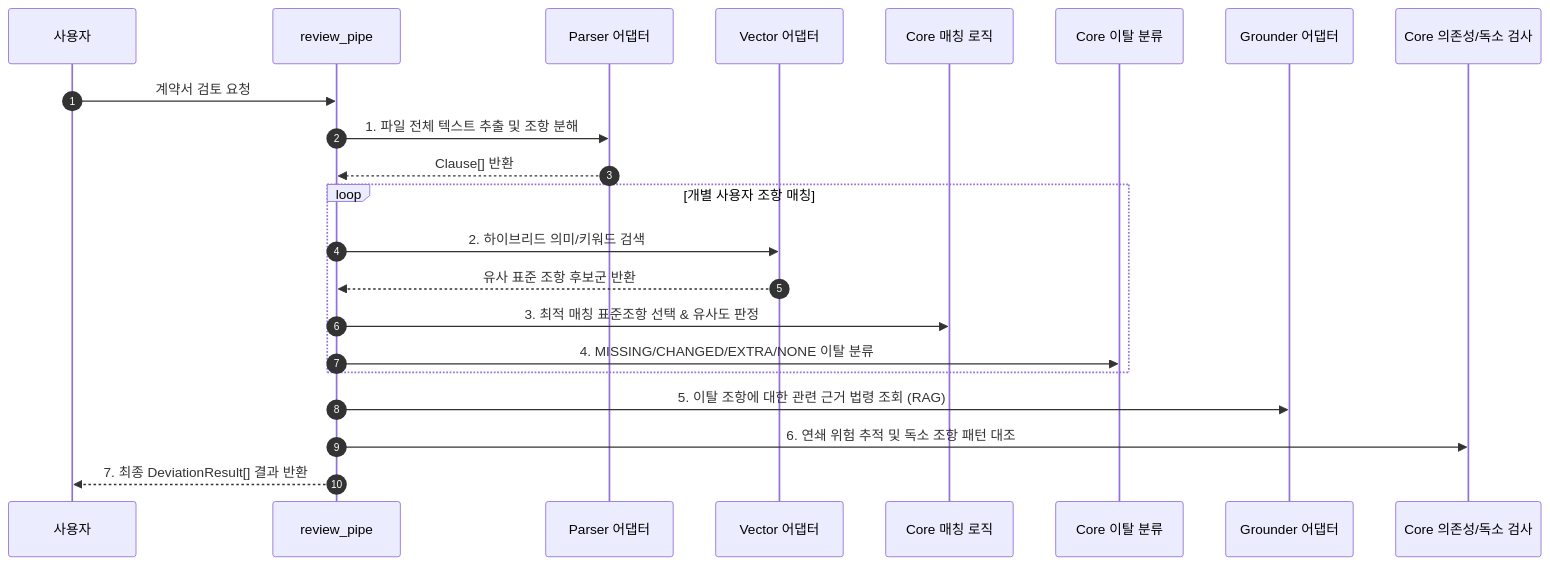
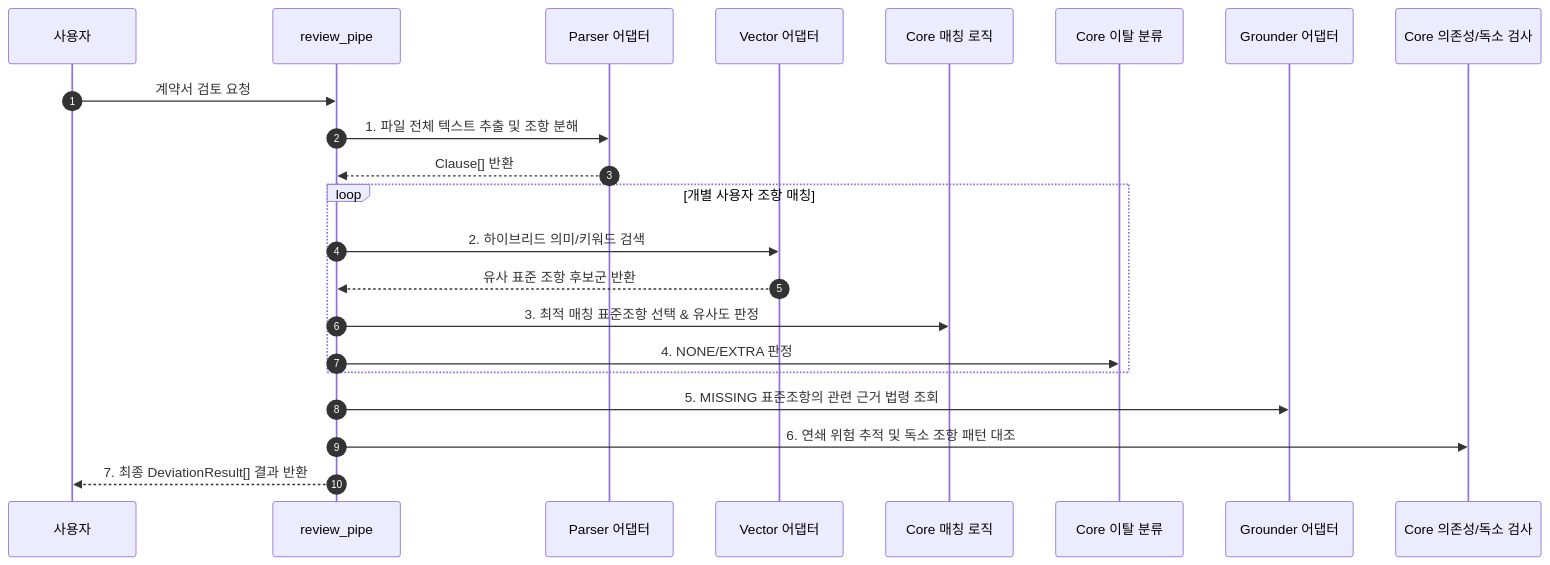
One commit to Hong1008/SKN30-3rd-2Team changed the second of 2 diagrams in src/pipe/README.md. Above: the diagram before and after it, drawn with Mermaid. The commit also changed other lines of this file and 17 other files, not shown here.

````diff
--- a/src/pipe/README.md
+++ b/src/pipe/README.md
@@ -51,16 +51,16 @@
 ```mermaid
 sequenceDiagram
     autonumber
     사용자->>review_pipe: 계약서 검토 요청
     review_pipe->>Parser 어댑터: 1. 파일 전체 텍스트 추출 및 조항 분해
     Parser 어댑터-->>review_pipe: Clause[] 반환
     loop 개별 사용자 조항 매칭
         review_pipe->>Vector 어댑터: 2. 하이브리드 의미/키워드 검색
         Vector 어댑터-->>review_pipe: 유사 표준 조항 후보군 반환
         review_pipe->>Core 매칭 로직: 3. 최적 매칭 표준조항 선택 & 유사도 판정
-        review_pipe->>Core 이탈 분류: 4. MISSING/CHANGED/EXTRA/NONE 이탈 분류
+        review_pipe->>Core 이탈 분류: 4. NONE/EXTRA 판정
     end
-    review_pipe->>Grounder 어댑터: 5. 이탈 조항에 대한 관련 근거 법령 조회 (RAG)
+    review_pipe->>Grounder 어댑터: 5. MISSING 표준조항의 관련 근거 법령 조회
     review_pipe->>Core 의존성/독소 검사: 6. 연쇄 위험 추적 및 독소 조항 패턴 대조
     review_pipe-->>사용자: 7. 최종 DeviationResult[] 결과 반환
 ```
````
